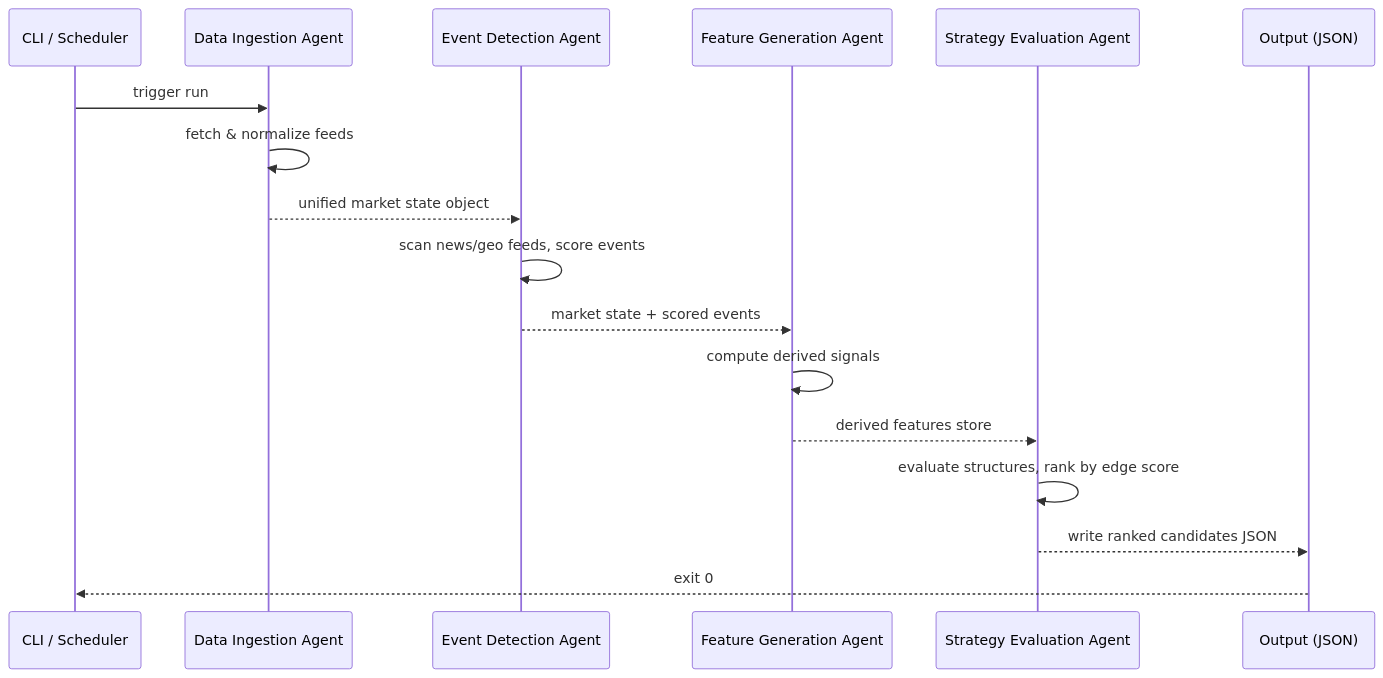
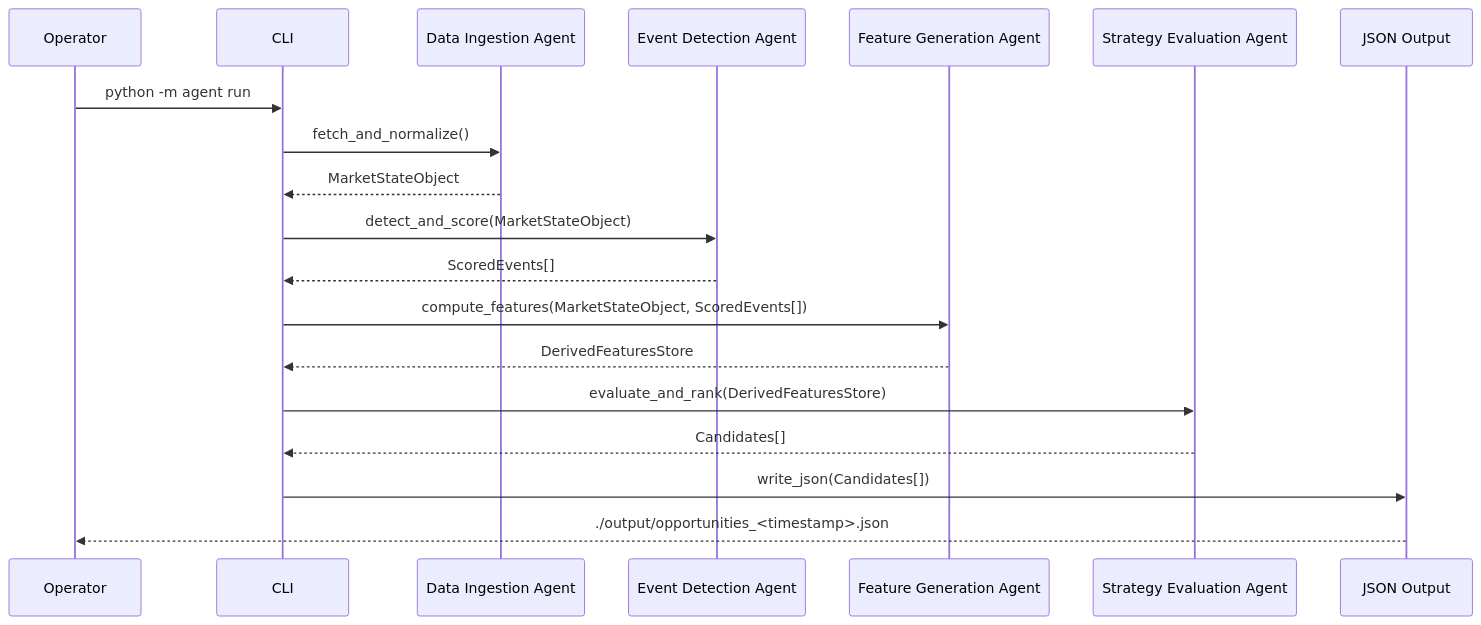
One commit to jeisenback/golden_boy_peanuts changed the second of 2 diagrams in docs/generated/user_guide_full-pipeline.md. Above: the diagram before and after it, drawn with Mermaid. The commit also changed other lines of this file, not shown here.

````diff
--- a/docs/generated/user_guide_full-pipeline.md
+++ b/docs/generated/user_guide_full-pipeline.md
@@ -257,20 +221,22 @@
 ```mermaid
 sequenceDiagram
-    participant CLI as CLI / Scheduler
-    participant DIA as Data Ingestion Agent
-    participant EDA as Event Detection Agent
-    participant FGA as Feature Generation Agent
-    participant SEA as Strategy Evaluation Agent
-    participant OUT as Output (JSON)
+    participant Operator
+    participant CLI
+    participant Ingestion as Data Ingestion Agent
+    participant Events as Event Detection Agent
+    participant Features as Feature Generation Agent
+    participant Strategy as Strategy Evaluation Agent
+    participant Output as JSON Output
 
-    CLI->>DIA: trigger run
-    DIA->>DIA: fetch & normalize feeds
-    DIA-->>EDA: unified market state object
-    EDA->>EDA: scan news/geo feeds, score events
-    EDA-->>FGA: market state + scored events
-    FGA->>FGA: compute derived signals
-    FGA-->>SEA: derived features store
-    SEA->>SEA: evaluate structures, rank by edge score
-    SEA-->>OUT: write ranked candidates JSON
-    OUT-->>CLI: exit 0
+    Operator->>CLI: python -m agent run
+    CLI->>Ingestion: fetch_and_normalize()
+    Ingestion-->>CLI: MarketStateObject
+    CLI->>Events: detect_and_score(MarketStateObject)
+    Events-->>CLI: ScoredEvents[]
+    CLI->>Features: compute_features(MarketStateObject, ScoredEvents[])
+    Features-->>CLI: DerivedFeaturesStore
+    CLI->>Strategy: evaluate_and_rank(DerivedFeaturesStore)
+    Strategy-->>CLI: Candidates[]
+    CLI->>Output: write_json(Candidates[])
+    Output-->>Operator: ./output/opportunities_<timestamp>.json
 ```
````
